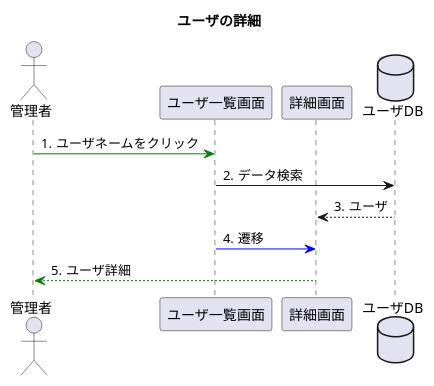
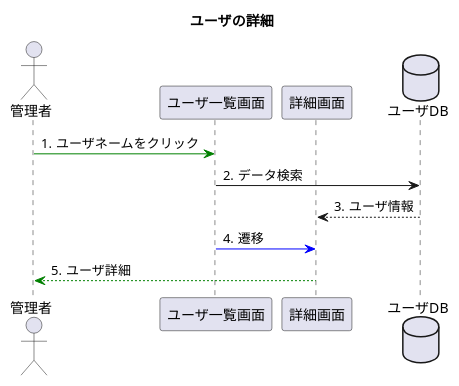
Before and after one commit to toufu66/ProjectC: the diagram in uml/seq_detail.pu, drawn with PlantUML.

Commit message:
シーケンス図 ユーザ詳細

```diff
--- a/uml/seq_detail.pu
+++ b/uml/seq_detail.pu
@@ -1,18 +1,18 @@
 @startuml
 title ユーザの詳細
 
 autonumber "#."
 
 actor 管理者
 participant ユーザ一覧画面
 participant 詳細画面
 database ユーザDB
 
 管理者 -[#green]> ユーザ一覧画面:ユーザネームをクリック
 
 ユーザ一覧画面 -> ユーザDB:データ検索
-ユーザDB --> 詳細画面:ユーザ
+ユーザDB --> 詳細画面:ユーザ情報
 ユーザ一覧画面 -[#blue]> 詳細画面:遷移
 詳細画面 --[#green]> 管理者:ユーザ詳細
 
 @enduml
```
